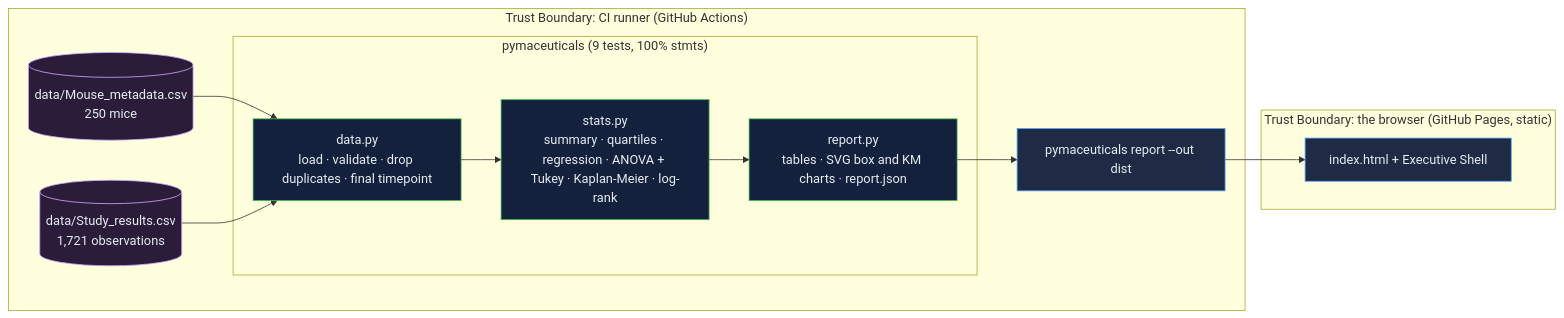
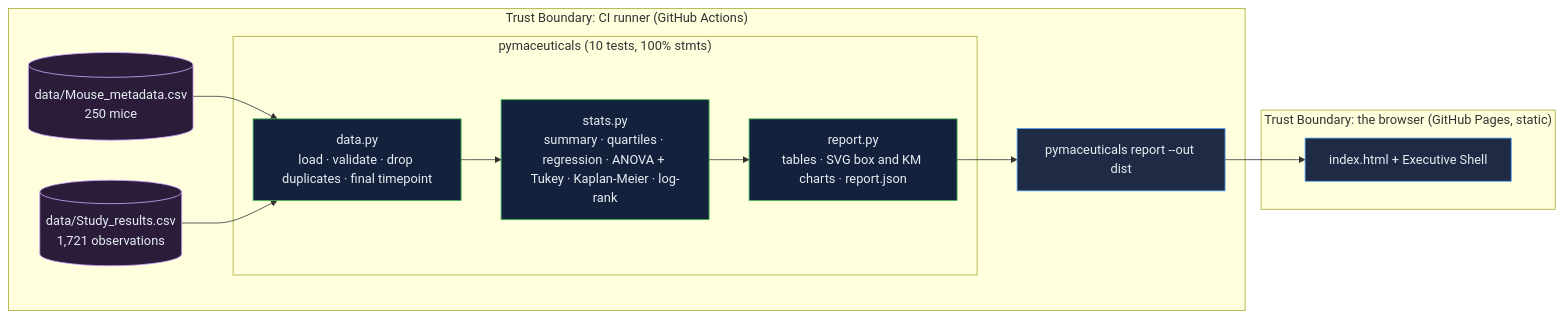
One commit to Freddricklogan/MedicalTreatment-Analytics changed the diagram in README.md. Above: the diagram before and after it, drawn with Mermaid. The commit also changed other lines of this file and 7 other files, not shown here.

````diff
--- a/README.md
+++ b/README.md
@@ -46,21 +46,21 @@
 ```mermaid
 flowchart LR
   subgraph TB0["Trust Boundary: CI runner (GitHub Actions)"]
     META[("data/Mouse_metadata.csv<br/>250 mice")]:::data
     RES[("data/Study_results.csv<br/>1,721 observations")]:::data
-    subgraph PKG["pymaceuticals (9 tests, 100% stmts)"]
+    subgraph PKG["pymaceuticals (10 tests, 100% stmts)"]
       D["data.py<br/>load · validate · drop duplicates · final timepoint"]:::service
       S["stats.py<br/>summary · quartiles · regression · ANOVA + Tukey · Kaplan-Meier · log-rank"]:::service
       R["report.py<br/>tables · SVG box and KM charts · report.json"]:::service
     end
     CLI["pymaceuticals report --out dist"]:::client
   end
   subgraph TB1["Trust Boundary: the browser (GitHub Pages, static)"]
     PAGE["index.html + Executive Shell"]:::client
   end
   META --> D
   RES --> D --> S --> R --> CLI --> PAGE
   classDef client fill:#1f2a44,stroke:#58A6FF,color:#e6edf3
   classDef service fill:#14213d,stroke:#3fb950,color:#e6edf3
   classDef data fill:#2b1d3a,stroke:#d2a8ff,color:#e6edf3
 ```
````
